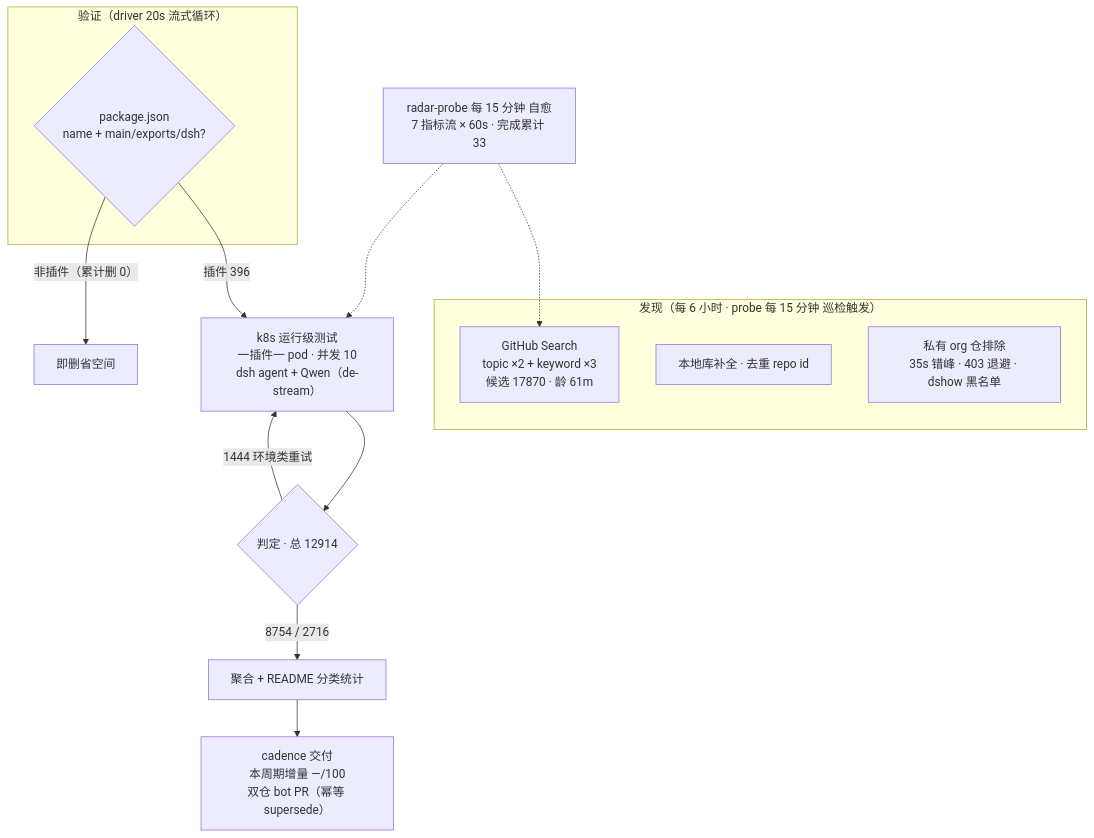
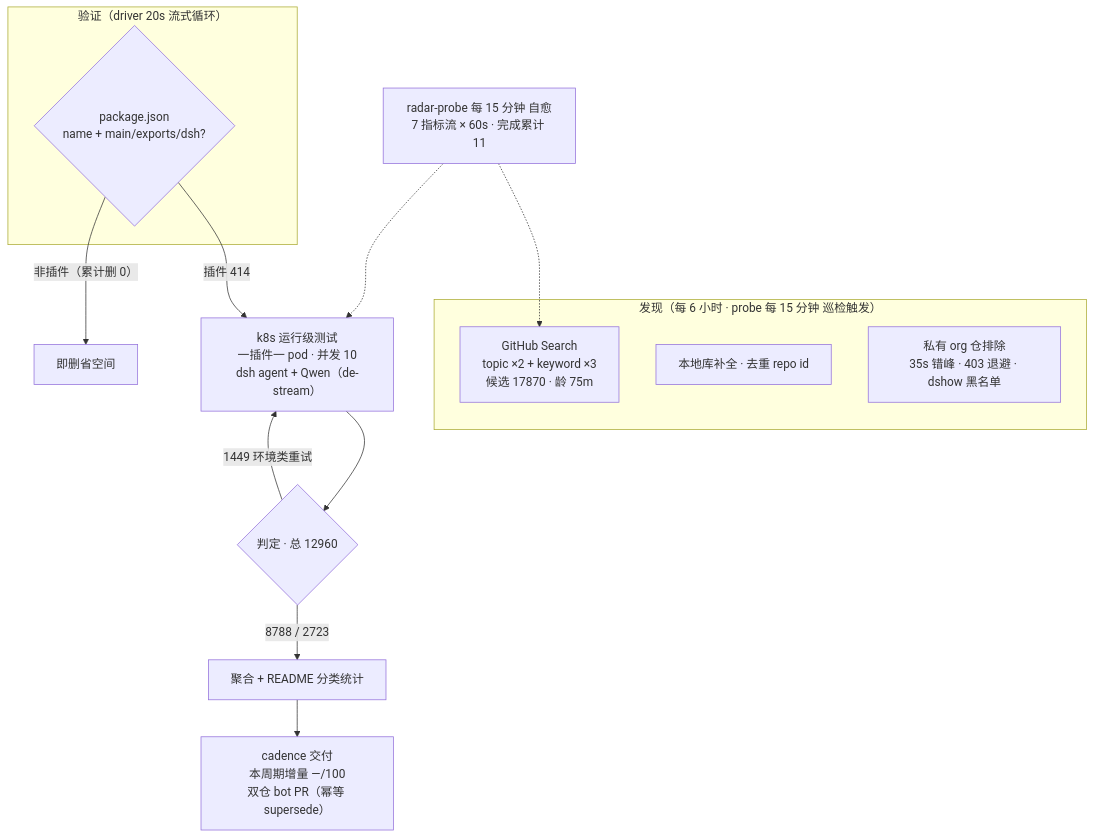
One commit to AdamPlatin123/awesome-dsh-plugins changed the diagram in README.md. Above: the diagram before and after it, drawn with Mermaid. The commit also changed other lines of this file and 5 other files, not shown here.

````diff
--- a/README.md
+++ b/README.md
@@ -52,20 +52,20 @@
 ```mermaid
 flowchart TB
     subgraph Discovery["发现（每 6 小时 · probe 每 15 分钟 巡检触发）"]
-        A1["GitHub Search<br/>topic ×2 + keyword ×3<br/>候选 17870 · 龄 61m"]
+        A1["GitHub Search<br/>topic ×2 + keyword ×3<br/>候选 17870 · 龄 75m"]
         A2["本地库补全 · 去重 repo id"]
         A3["私有 org 仓排除<br/>35s 错峰 · 403 退避 · dshow 黑名单"]
     end
     subgraph Validation["验证（driver 20s 流式循环）"]
         B1{"package.json<br/>name + main/exports/dsh?"}
     end
-    B1 -->|"插件 396"| C1["k8s 运行级测试<br/>一插件一 pod · 并发 10<br/>dsh agent + Qwen（de-stream）"]
+    B1 -->|"插件 414"| C1["k8s 运行级测试<br/>一插件一 pod · 并发 10<br/>dsh agent + Qwen（de-stream）"]
     B1 -->|"非插件（累计删 0）"| B3["即删省空间"]
-    C1 --> D1{"判定 · 总 12914"}
-    D1 -->|"8754 / 2716"| E1["聚合 + README 分类统计"]
-    D1 -->|"1444 环境类重试"| C1
+    C1 --> D1{"判定 · 总 12960"}
+    D1 -->|"8788 / 2723"| E1["聚合 + README 分类统计"]
+    D1 -->|"1449 环境类重试"| C1
     E1 --> E2["cadence 交付<br/>本周期增量 —/100<br/>双仓 bot PR（幂等 supersede）"]
-    M["radar-probe 每 15 分钟 自愈<br/>7 指标流 × 60s · 完成累计 33"]
+    M["radar-probe 每 15 分钟 自愈<br/>7 指标流 × 60s · 完成累计 11"]
     M -.-> A1
     M -.-> C1
 ```
````
